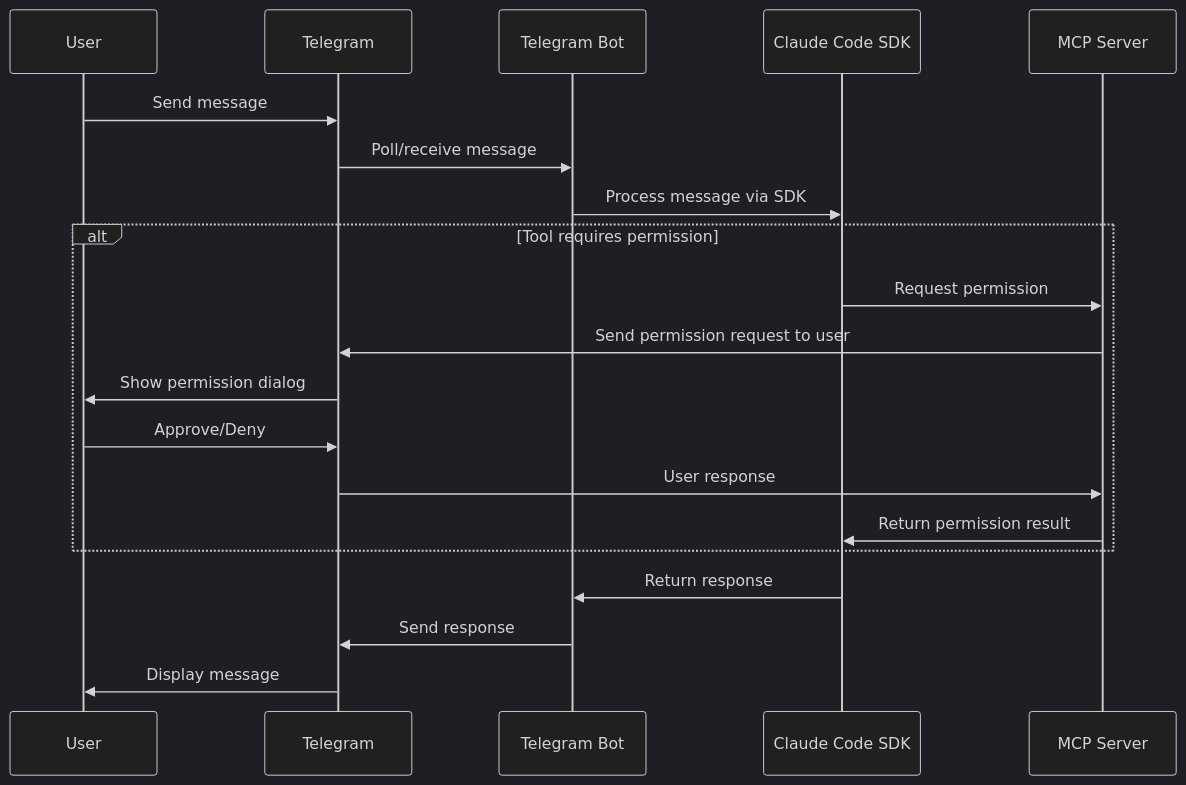
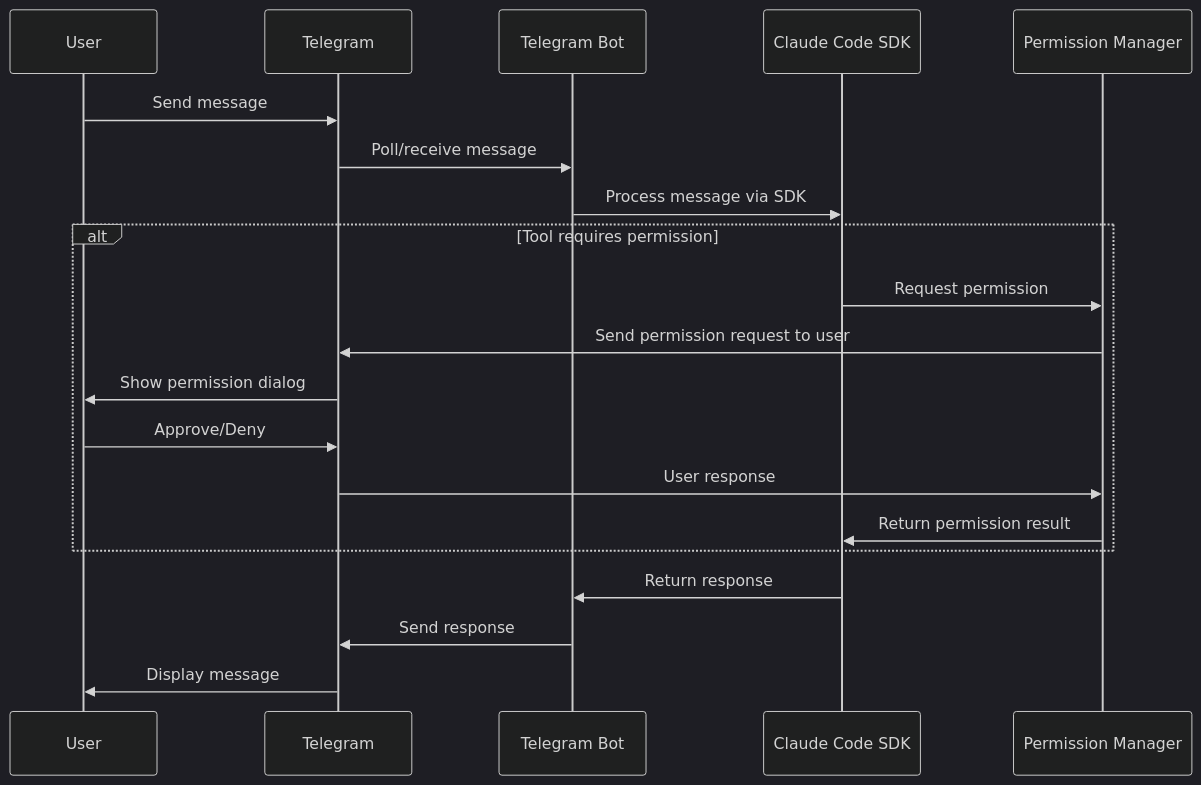
One commit to Nickqiaoo/chatcode changed the diagram in README.md. Above: the diagram before and after it, drawn with Mermaid (dark theme). The commit also changed other lines of this file and 17 other files, not shown here.

First line of the commit message:
refactor: replace MCP server with integrated permission system

````diff
--- a/README.md
+++ b/README.md
@@ -244,25 +243,25 @@
 ```mermaid
 sequenceDiagram
     participant User
     participant TG as Telegram
     participant Bot as Telegram Bot
     participant Claude as Claude Code SDK
-    participant MCP as MCP Server
-    
+    participant PM as Permission Manager
+
     User->>TG: Send message
     TG->>Bot: Poll/receive message
     Bot->>Claude: Process message via SDK
-    
+
     alt Tool requires permission
-        Claude->>MCP: Request permission
-        MCP->>TG: Send permission request to user
+        Claude->>PM: Request permission
+        PM->>TG: Send permission request to user
         TG->>User: Show permission dialog
         User->>TG: Approve/Deny
-        TG->>MCP: User response
-        MCP->>Claude: Return permission result
+        TG->>PM: User response
+        PM->>Claude: Return permission result
     end
-    
+
     Claude->>Bot: Return response
     Bot->>TG: Send response
     TG->>User: Display message
 ```
````
